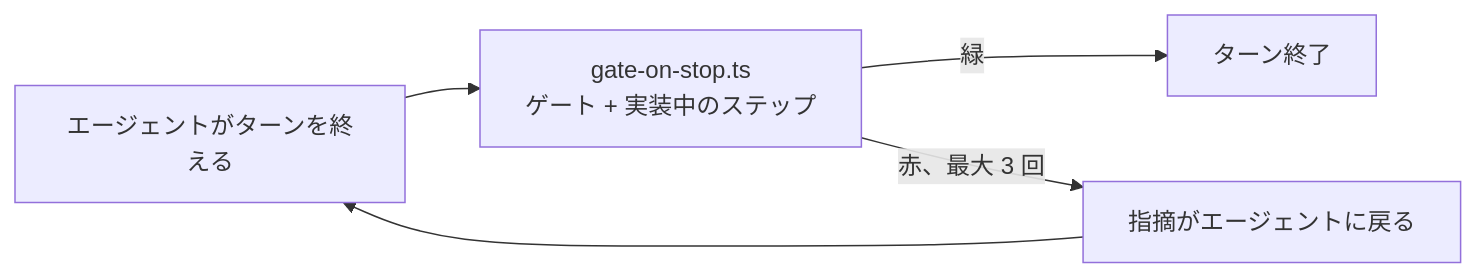
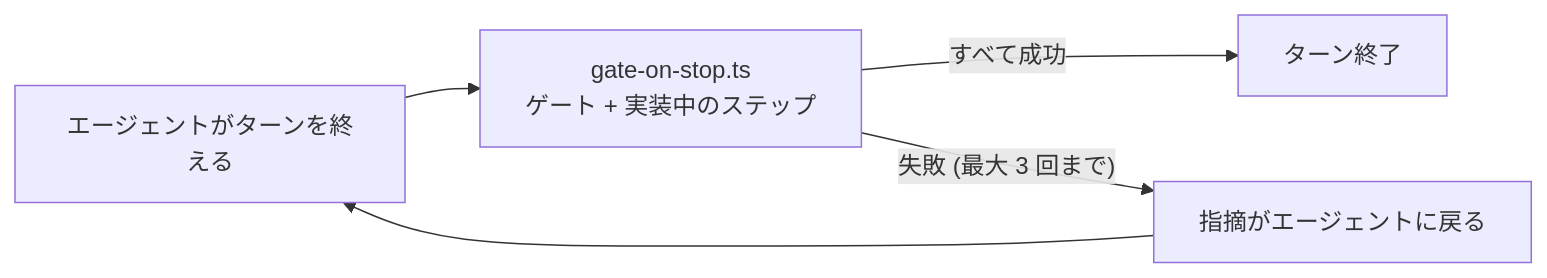
One commit to gurenjs/guren changed the diagram in docs/ja/agent-course/01-setup.md. Above: the diagram before and after it, drawn with Mermaid. The commit also changed other lines of this file and 80 other files, not shown here.

````diff
--- a/docs/ja/agent-course/01-setup.md
+++ b/docs/ja/agent-course/01-setup.md
@@ -63,7 +63,7 @@
 ```mermaid
 flowchart LR
   Stop["エージェントがターンを終える"] --> Gate["gate-on-stop.ts<br/>ゲート + 実装中のステップ"]
-  Gate -- "緑" --> Done["ターン終了"]
-  Gate -- "赤、最大 3 回" --> Back["指摘がエージェントに戻る"]
+  Gate -- "すべて成功" --> Done["ターン終了"]
+  Gate -- "失敗 (最大 3 回まで)" --> Back["指摘がエージェントに戻る"]
   Back --> Stop
 ```
````
